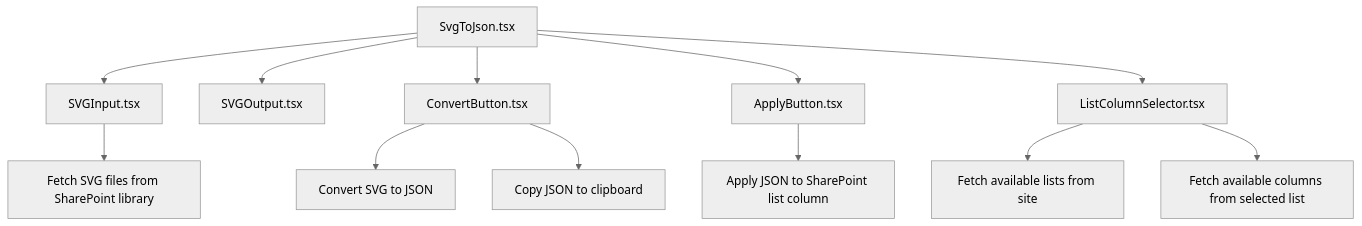
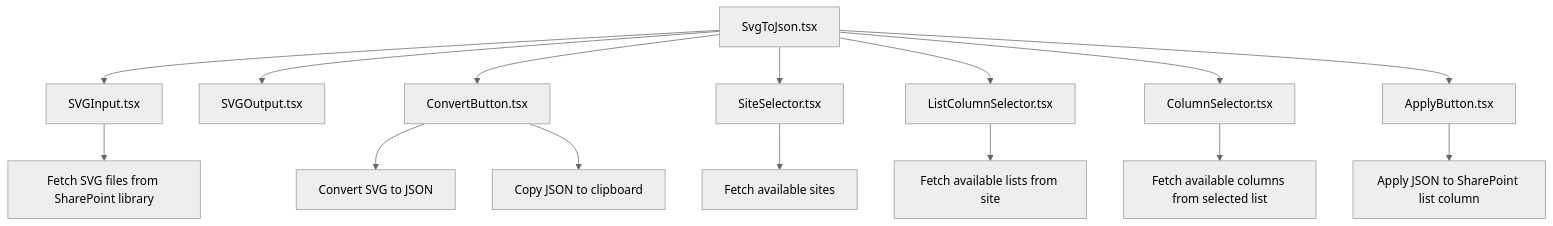
One commit to pnp/sp-dev-fx-webparts changed the diagram in samples/react-svg-to-json-converter/README.md. Above: the diagram before and after it, drawn with Mermaid (neutral theme). The commit also changed other lines of this file, not shown here.

Commit message:
:bulb: elaborates on component logic, adds mermaid

````diff
--- a/samples/react-svg-to-json-converter/README.md
+++ b/samples/react-svg-to-json-converter/README.md
@@ -14,15 +14,18 @@
 ```mermaid
 graph TD
     A[SvgToJson.tsx] --> B[SVGInput.tsx]
     A --> C[SVGOutput.tsx]
     A --> D[ConvertButton.tsx]
-    A --> E[ApplyButton.tsx]
+    A --> E[SiteSelector.tsx]
     A --> F[ListColumnSelector.tsx]
+    A --> G[ColumnSelector.tsx]
+    A --> H[ApplyButton.tsx]
 
-    B --> G[Fetch SVG files from SharePoint library]
-    D --> H[Convert SVG to JSON]
-    D --> I[Copy JSON to clipboard]
-    E --> J[Apply JSON to SharePoint list column]
-    F --> K[Fetch available lists from site]
-    F --> L[Fetch available columns from selected list]
+    B --> I[Fetch SVG files from SharePoint library]
+    D --> J[Convert SVG to JSON]
+    D --> K[Copy JSON to clipboard]
+    E --> L[Fetch available sites]
+    F --> M[Fetch available lists from site]
+    G --> N[Fetch available columns from selected list]
+    H --> O[Apply JSON to SharePoint list column]
 ```
````
